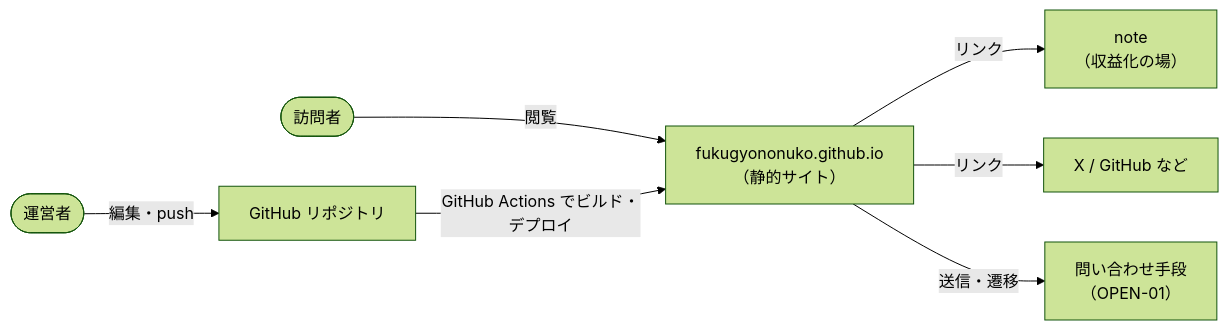
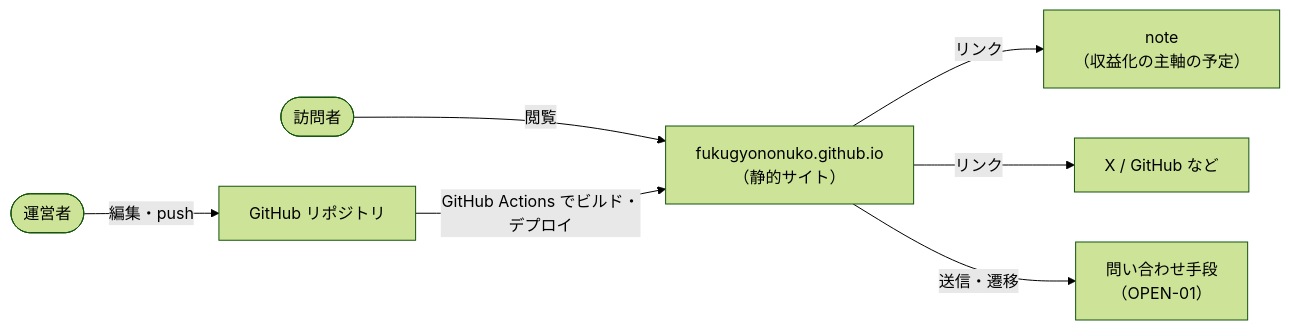
Before and after one commit to fukugyononuko/fukugyononuko.github.io: the first of 2 diagrams in docs/01_overview.md, drawn with Mermaid (forest theme). The commit also changed other lines of this file and 2 other files, not shown here.

Commit message:
Clarify note is the planned main monetization channel, not a fixed one

````diff
--- a/docs/01_overview.md
+++ b/docs/01_overview.md
@@ -5,9 +5,9 @@
 ```mermaid
 flowchart LR
   V(["訪問者"]) -->|閲覧| SITE["fukugyononuko.github.io<br/>（静的サイト）"]
   O(["運営者"]) -->|編集・push| GH["GitHub リポジトリ"]
   GH -->|GitHub Actions でビルド・デプロイ| SITE
-  SITE -->|リンク| NOTE["note<br/>（収益化の場）"]
+  SITE -->|リンク| NOTE["note<br/>（収益化の主軸の予定）"]
   SITE -->|リンク| SNS["X / GitHub など"]
   SITE -->|送信・遷移| INQ["問い合わせ手段<br/>（OPEN-01）"]
 ```
````
